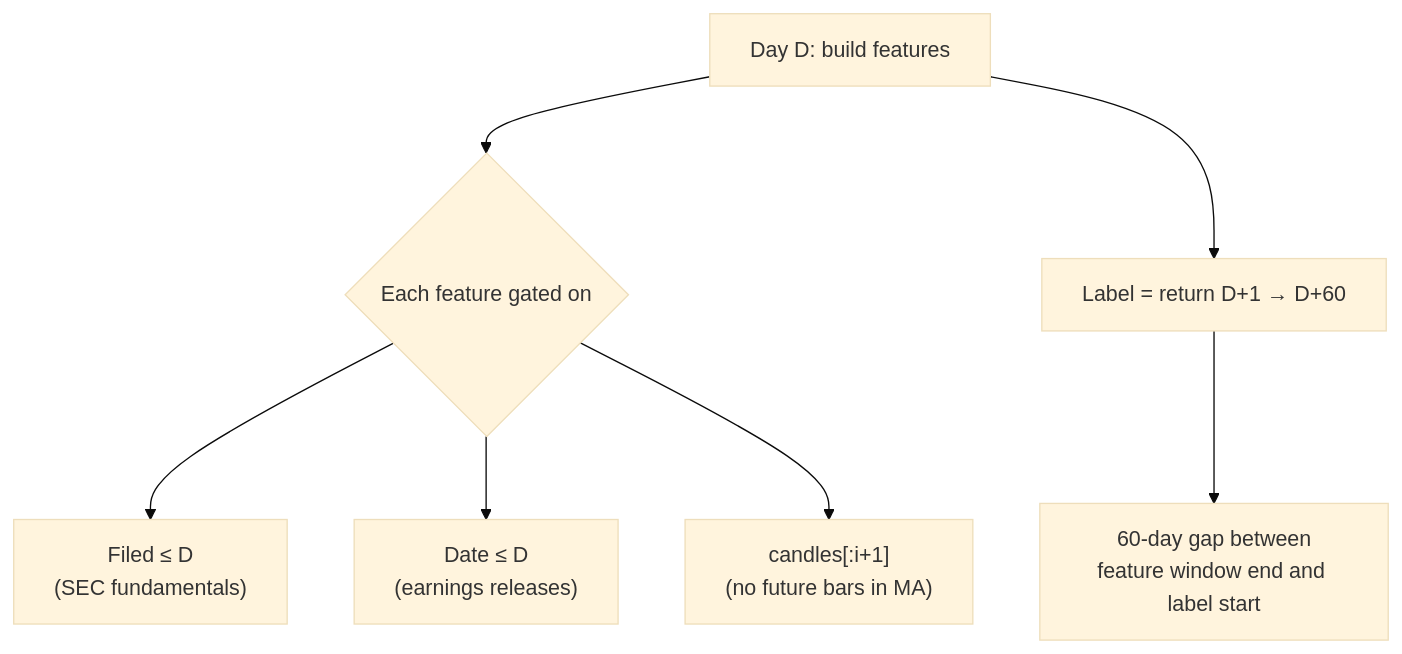
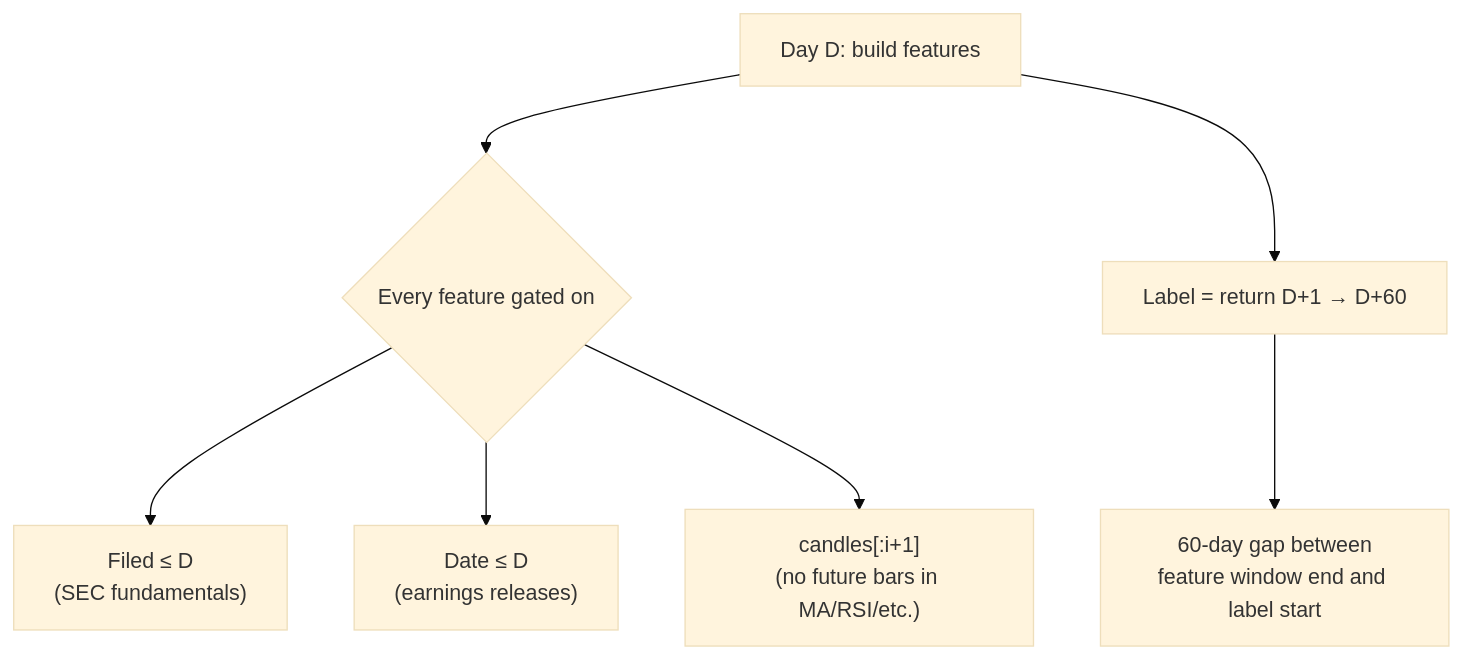
The third of 4 diagrams in README.md (NickChunglolz/stock-advisor-showcase), drawn with Mermaid (base theme) before and after one commit. The commit also changed other lines of this file, not shown here.

````diff
--- a/README.md
+++ b/README.md
@@ -83,9 +185,9 @@
 ```mermaid
 flowchart TB
-    A["Day D: build features"] --> B{"Each feature gated on"}
+    A["Day D: build features"] --> B{"Every feature gated on"}
     B --> C["Filed ≤ D<br/>(SEC fundamentals)"]
     B --> D["Date ≤ D<br/>(earnings releases)"]
-    B --> E["candles[:i+1]<br/>(no future bars in MA)"]
+    B --> E["candles[:i+1]<br/>(no future bars in MA/RSI/etc.)"]
     A --> F["Label = return D+1 → D+60"]
     F --> G["60-day gap between<br/>feature window end and label start"]
 ```
````
